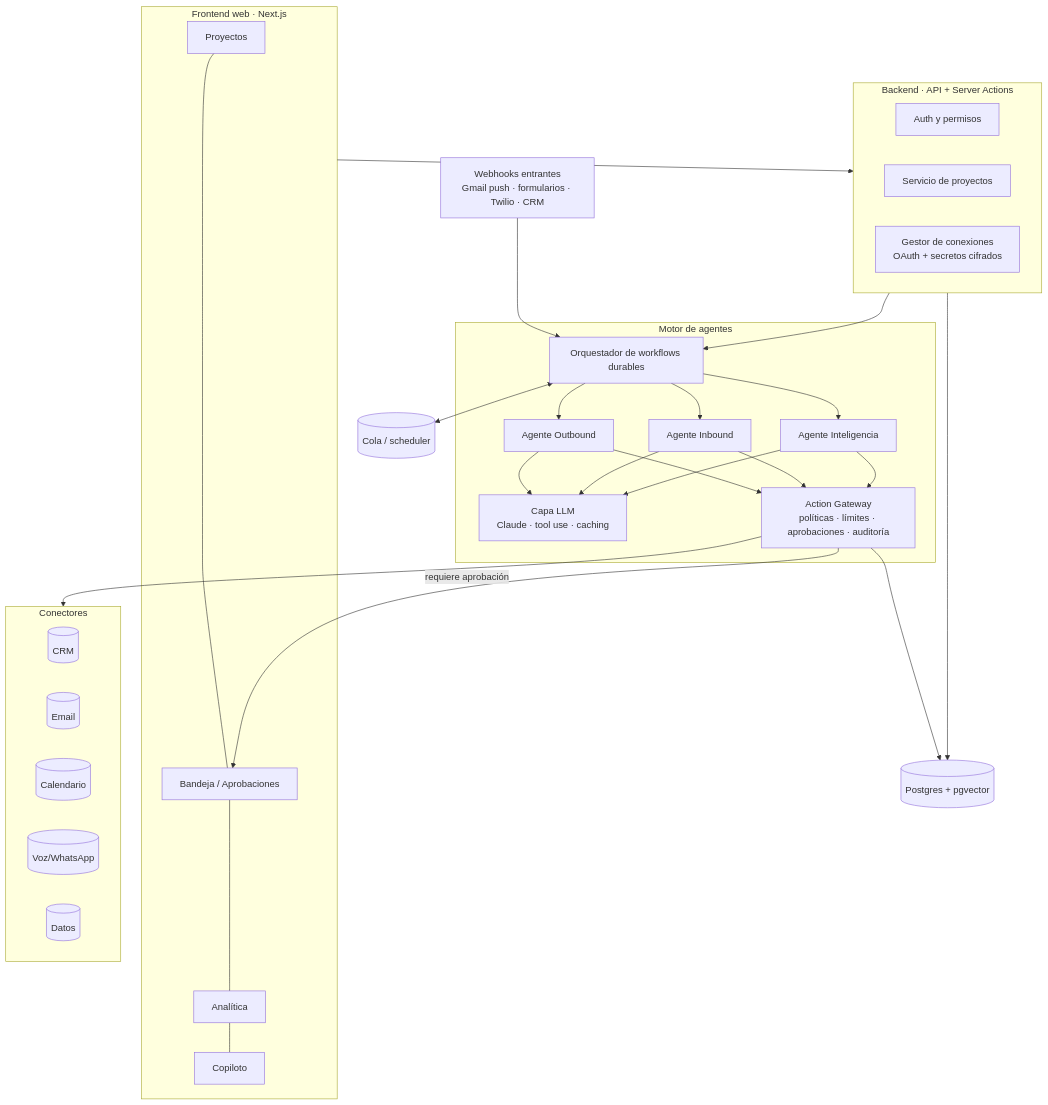
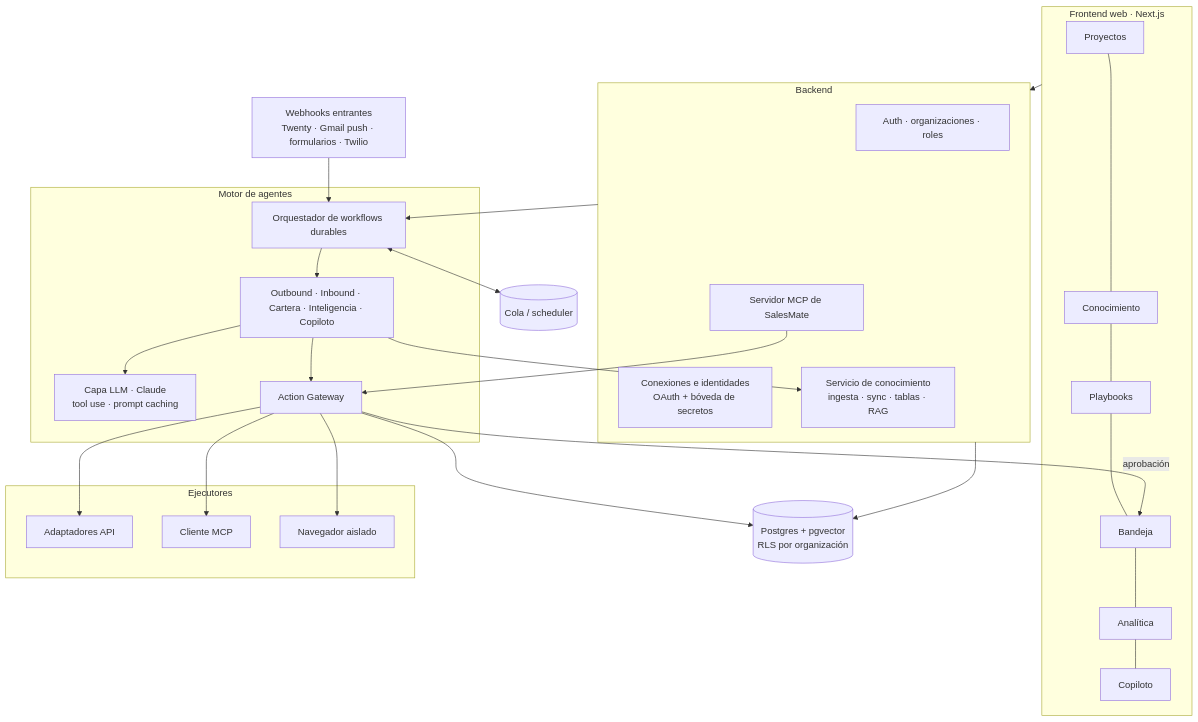
The fifth of 5 diagrams in docs/PLAN.md (fredibaques/salesmate), drawn with Mermaid before and after one commit. The commit also changed other lines of this file and 1 other file, not shown here.

````diff
--- a/docs/PLAN.md
+++ b/docs/PLAN.md
@@ -301,40 +504,37 @@
 ```mermaid
 flowchart TB
     subgraph UI[Frontend web · Next.js]
-        P[Proyectos] --- Inbox[Bandeja / Aprobaciones] --- An[Analítica] --- Cop[Copiloto]
+        P[Proyectos] --- K[Conocimiento] --- PB[Playbooks] --- Inbox[Bandeja] --- An[Analítica] --- Cop[Copiloto]
     end
-    subgraph API[Backend · API + Server Actions]
-        Auth[Auth y permisos]
-        Proj[Servicio de proyectos]
-        Conn[Gestor de conexiones<br/>OAuth + secretos cifrados]
+    subgraph API[Backend]
+        Auth[Auth · organizaciones · roles]
+        Conn[Conexiones e identidades<br/>OAuth + bóveda de secretos]
+        KS[Servicio de conocimiento<br/>ingesta · sync · tablas · RAG]
+        MCPS[Servidor MCP de SalesMate]
     end
     subgraph Engine[Motor de agentes]
         Orch[Orquestador de workflows durables]
-        AO[Agente Outbound]
-        AI[Agente Inbound]
-        AInt[Agente Inteligencia]
-        LLM[Capa LLM<br/>Claude · tool use · caching]
-        GW[Action Gateway<br/>políticas · límites · aprobaciones · auditoría]
+        Agents[Outbound · Inbound · Cartera · Inteligencia · Copiloto]
+        LLM[Capa LLM · Claude<br/>tool use · prompt caching]
+        GW[Action Gateway]
     end
-    subgraph Adapters[Conectores]
-        CRM[(CRM)]
-        Mail[(Email)]
-        Cal[(Calendario)]
-        Tel[(Voz/WhatsApp)]
-        Data[(Datos)]
+    subgraph Exec[Ejecutores]
+        APIs[Adaptadores API]
+        MCPC[Cliente MCP]
+        BR[Navegador aislado]
     end
-    DB[(Postgres + pgvector)]
+    DB[(Postgres + pgvector<br/>RLS por organización)]
     Q[(Cola / scheduler)]
-    Hooks[Webhooks entrantes<br/>Gmail push · formularios · Twilio · CRM]
+    Hooks[Webhooks entrantes<br/>Twenty · Gmail push · formularios · Twilio]
 
     UI --> API --> DB
     API --> Orch
     Hooks --> Orch
     Orch <--> Q
-    Orch --> AO & AI & AInt
-    AO & AI & AInt --> LLM
-    AO & AI & AInt --> GW
-    GW --> Adapters
+    Orch --> Agents --> LLM
+    Agents --> KS
+    Agents --> GW --> APIs & MCPC & BR
     GW --> DB
-    GW -- requiere aprobación --> Inbox
+    GW -- aprobación --> Inbox
+    MCPS --> GW
 ```
````
